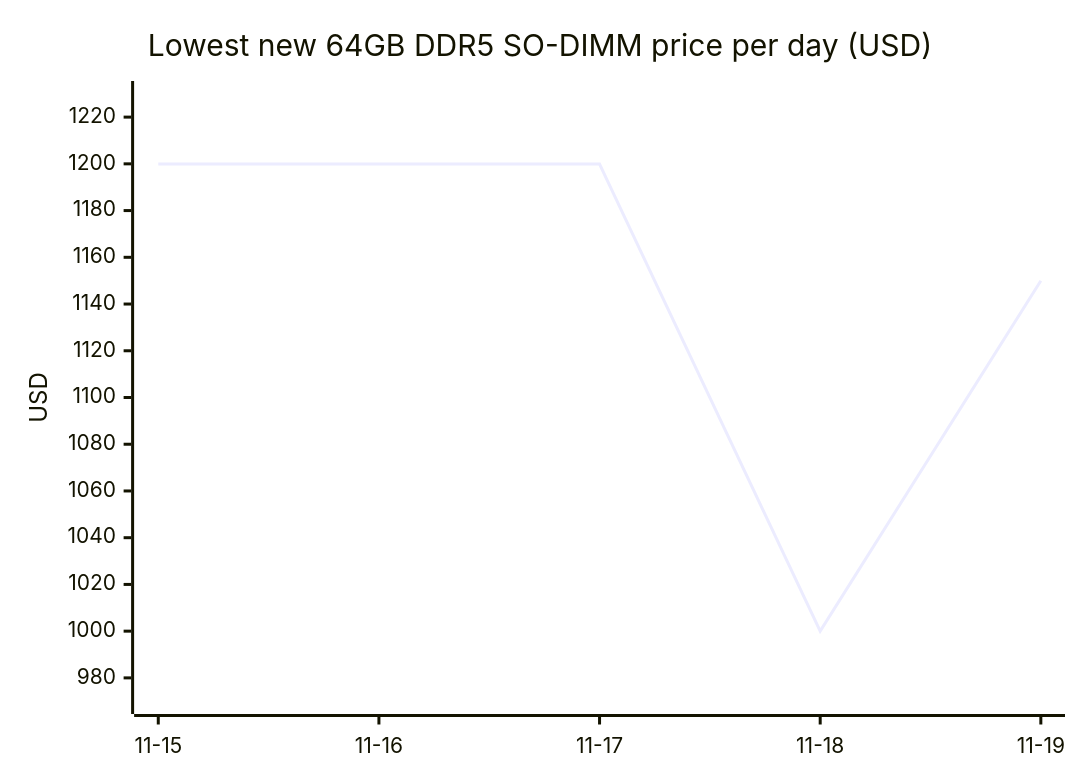
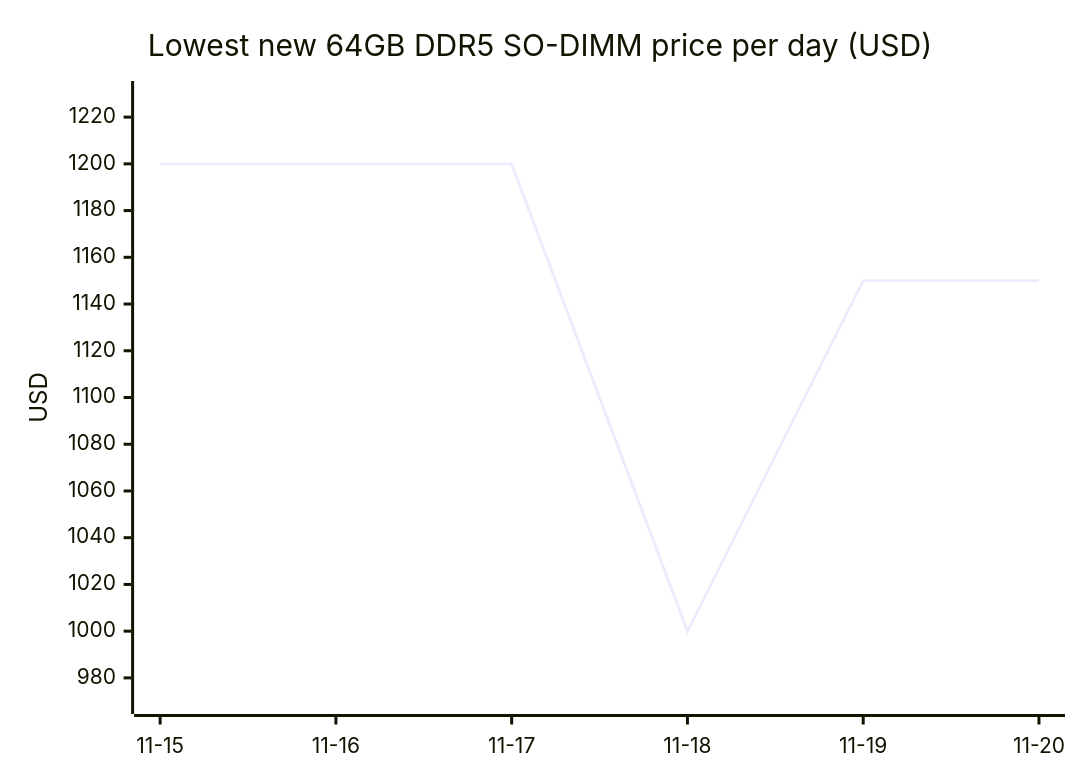
The third of 18 diagrams in README.md (7324136828/4tb_ssd_price_watch), drawn with Mermaid before and after one commit. The commit also changed other lines of this file, not shown here.

````diff
--- a/README.md
+++ b/README.md
@@ -627,7 +660,7 @@
 ```mermaid
 xychart-beta
     title "Lowest new 64GB DDR5 SO-DIMM price per day (USD)"
-    x-axis ["11-15", "11-16", "11-17", "11-18", "11-19"]
+    x-axis ["11-15", "11-16", "11-17", "11-18", "11-19", "11-20"]
     y-axis "USD" 970 --> 1230
-    line [1199.89, 1199.89, 1199.89, 1000.00, 1149.99]
+    line [1199.89, 1199.89, 1199.89, 1000.00, 1149.99, 1149.99]
 ```
````
